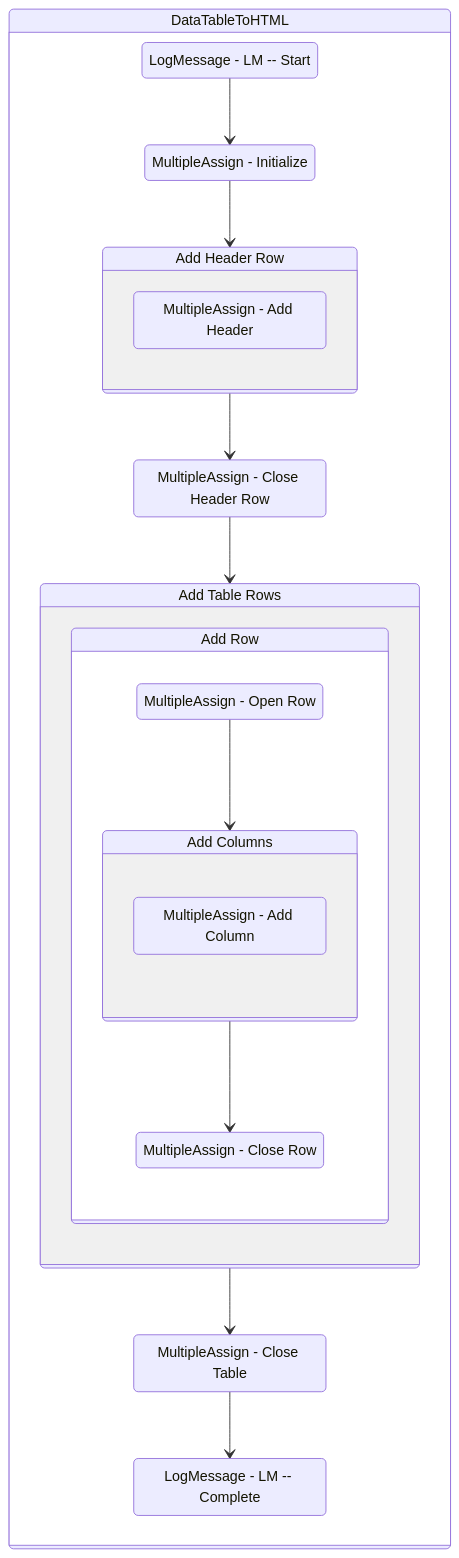
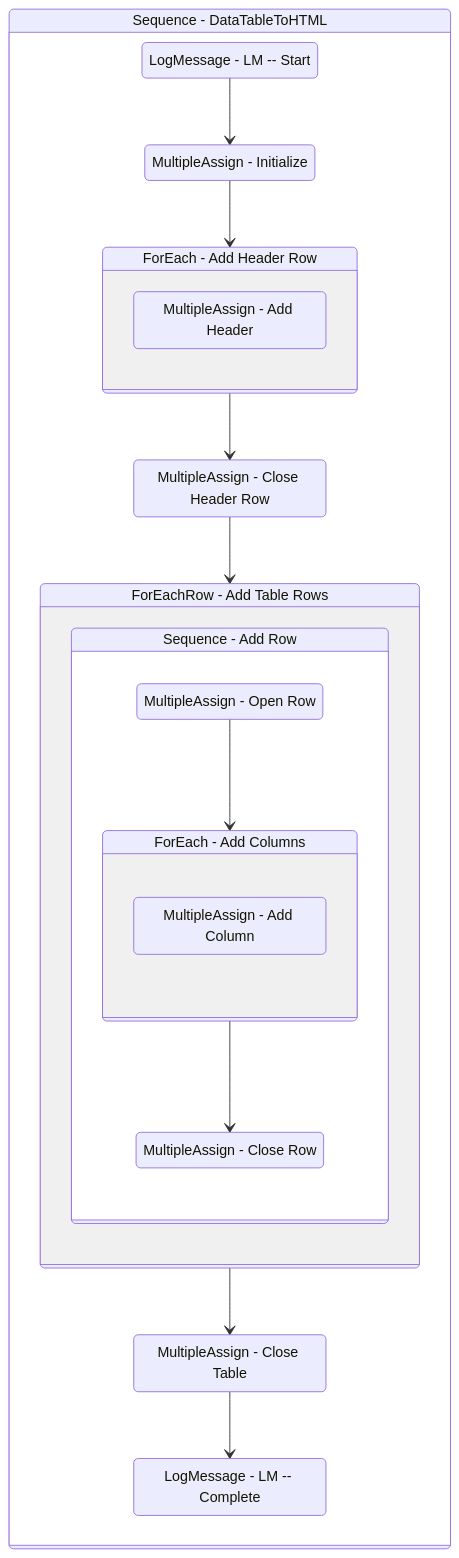
The diagram in Documentation/Utility/DataTableToHTML.md (yashbrahmbhatt/LazyFramework), drawn with Mermaid before and after one commit. The commit also changed 78 other files, not shown here.

````diff
--- a/Documentation/Utility/DataTableToHTML.md
+++ b/Documentation/Utility/DataTableToHTML.md
@@ -112,43 +112,43 @@
 ```mermaid
 stateDiagram-v2
 
 
-Sequence_1: DataTableToHTML
+Sequence_1: Sequence - DataTableToHTML
 state Sequence_1 {
 direction TB
 LogMessage_1 : LogMessage - LM -- Start
 MultipleAssign_1 : MultipleAssign - Initialize
 LogMessage_1 --> MultipleAssign_1
 MultipleAssign_1 --> ForEach1_1
-ForEach1_1: Add Header Row
+ForEach1_1: ForEach - Add Header Row
 state ForEach1_1 {
 direction TB
 MultipleAssign_2 : MultipleAssign - Add Header
 }
 MultipleAssign_3 : MultipleAssign - Close Header Row
 ForEach1_1 --> MultipleAssign_3
 MultipleAssign_3 --> ForEachRow_1
-ForEachRow_1: Add Table Rows
+ForEachRow_1: ForEachRow - Add Table Rows
 state ForEachRow_1 {
 direction TB
 
-Sequence_2: Add Row
+Sequence_2: Sequence - Add Row
 state Sequence_2 {
 direction TB
 MultipleAssign_4 : MultipleAssign - Open Row
 MultipleAssign_4 --> ForEach1_2
-ForEach1_2: Add Columns
+ForEach1_2: ForEach - Add Columns
 state ForEach1_2 {
 direction TB
 MultipleAssign_5 : MultipleAssign - Add Column
 }
 MultipleAssign_6 : MultipleAssign - Close Row
 ForEach1_2 --> MultipleAssign_6
 }
 }
 MultipleAssign_7 : MultipleAssign - Close Table
 ForEachRow_1 --> MultipleAssign_7
 LogMessage_2 : LogMessage - LM -- Complete
 MultipleAssign_7 --> LogMessage_2
 }
 ```
````
